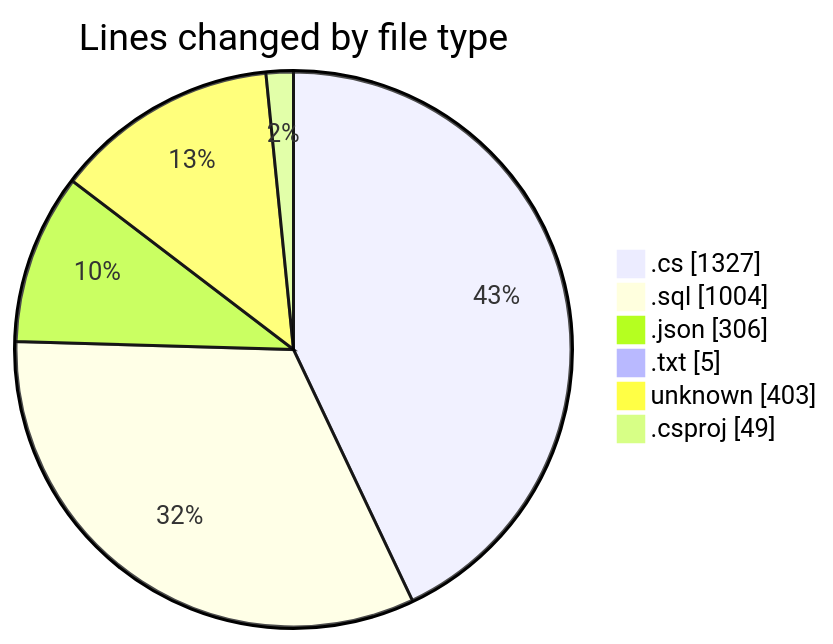
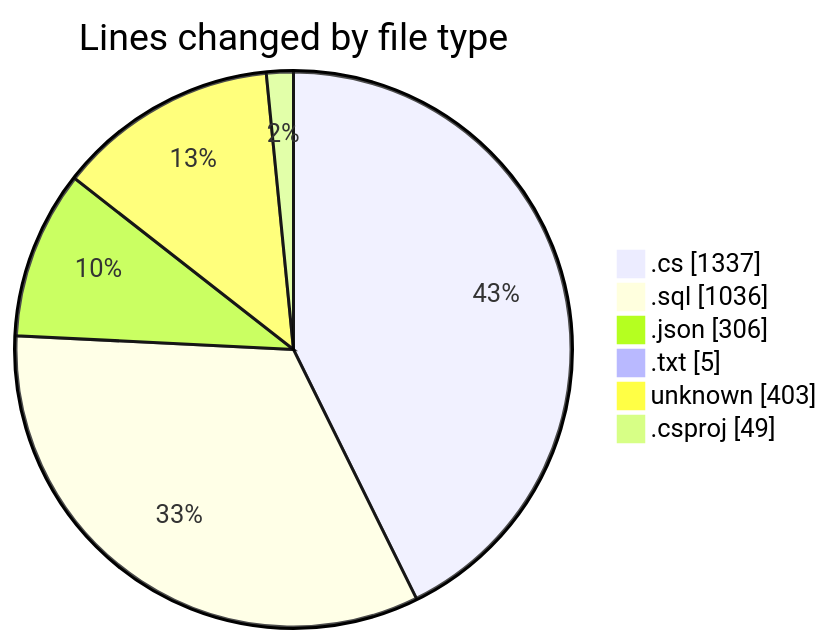
One commit to Netris89/code-tracking changed the first of 2 diagrams in 2025-04-04/back-end/README.md. Above: the diagram before and after it, drawn with Mermaid. The commit also changed other lines of this file and 1 other file, not shown here.

````diff
--- a/2025-04-04/back-end/README.md
+++ b/2025-04-04/back-end/README.md
@@ -33,10 +33,10 @@
 ```mermaid
 pie showData
 title Lines changed by file type
-".cs" : 1327
-".sql" : 1004
+".cs" : 1337
+".sql" : 1036
 ".json" : 306
 ".txt" : 5
 "unknown" : 403
 ".csproj" : 49
 ```
````
